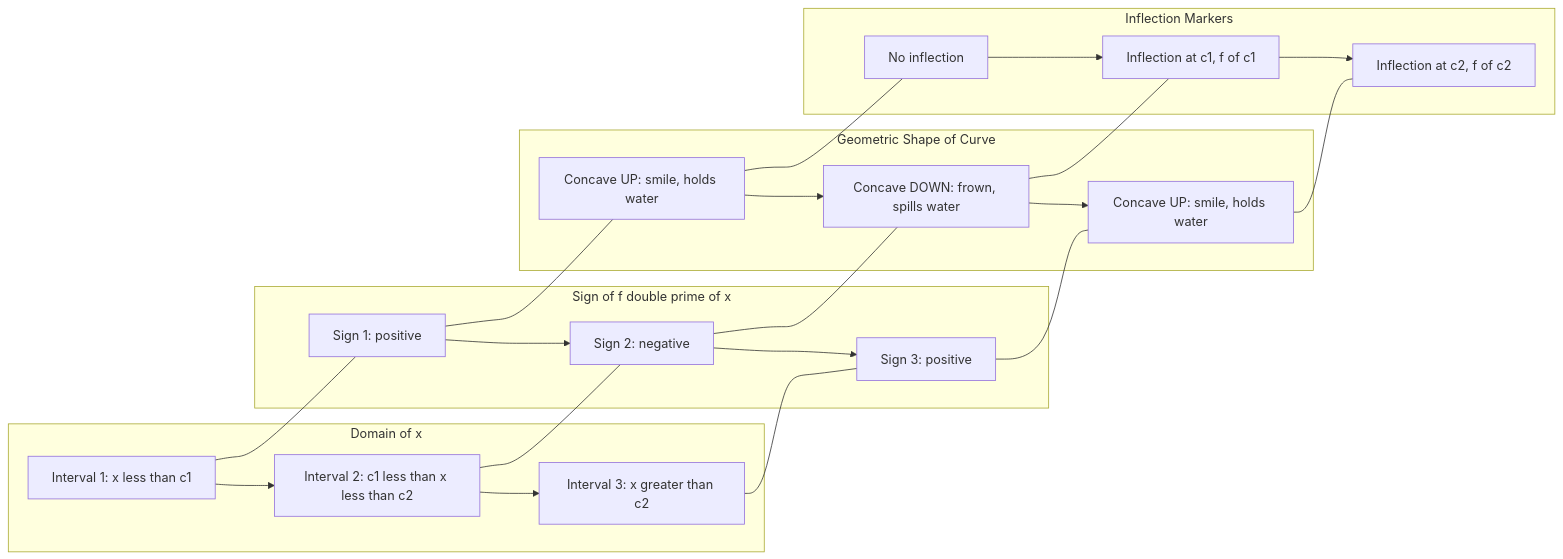
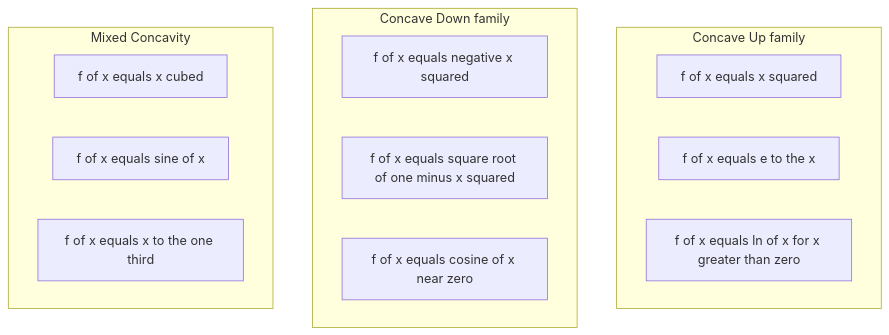
Before and after one commit to vishnuu-kr/ktunode: the third of 3 diagrams in public/notes/computer-science-and-engineering/semester-1/gamat101-mathematics-for-information-science-1/01-module-1-limits-of-function-values/concavity-the-second-derivative-test-for-concavity/notes.md, drawn with Mermaid. The commit also changed other lines of this file and 4829 other files, not shown here.

````diff
--- a/public/notes/computer-science-and-engineering/semester-1/gamat101-mathematics-for-information-science-1/01-module-1-limits-of-function-values/concavity-the-second-derivative-test-for-concavity/notes.md
+++ b/public/notes/computer-science-and-engineering/semester-1/gamat101-mathematics-for-information-science-1/01-module-1-limits-of-function-values/concavity-the-second-derivative-test-for-concavity/notes.md
@@ -434,26 +405,18 @@
 ```mermaid
-graph LR
-    subgraph DOMAIN[Domain of x]
-        X1[Interval 1: x less than c1] --> X2[Interval 2: c1 less than x less than c2]
-        X2 --> X3[Interval 3: x greater than c2]
+graph TD
+    subgraph CUP[Concave Up family]
+        CUP1[f of x equals x squared]
+        CUP2[f of x equals e to the x]
+        CUP3[f of x equals ln of x for x greater than zero]
     end
-
-    subgraph SIGN[Sign of f double prime of x]
-        S1[Sign 1: positive] --> S2[Sign 2: negative]
-        S2 --> S3[Sign 3: positive]
+    subgraph CDOWN[Concave Down family]
+        CD1[f of x equals negative x squared]
+        CD2[f of x equals square root of one minus x squared]
+        CD3[f of x equals cosine of x near zero]
     end
-
-    subgraph GEOM[Geometric Shape of Curve]
-        G1[Concave UP: smile, holds water] --> G2[Concave DOWN: frown, spills water]
-        G2 --> G3[Concave UP: smile, holds water]
+    subgraph MIX[Mixed Concavity]
+        MX1[f of x equals x cubed]
+        MX2[f of x equals sine of x]
+        MX3[f of x equals x to the one third]
     end
-
-    subgraph INF[Inflection Markers]
-        I1[No inflection] --> I2[Inflection at c1, f of c1]
-        I2 --> I3[Inflection at c2, f of c2]
-    end
-
-    X1 --- S1 --- G1 --- I1
-    X2 --- S2 --- G2 --- I2
-    X3 --- S3 --- G3 --- I3
 ```
````
